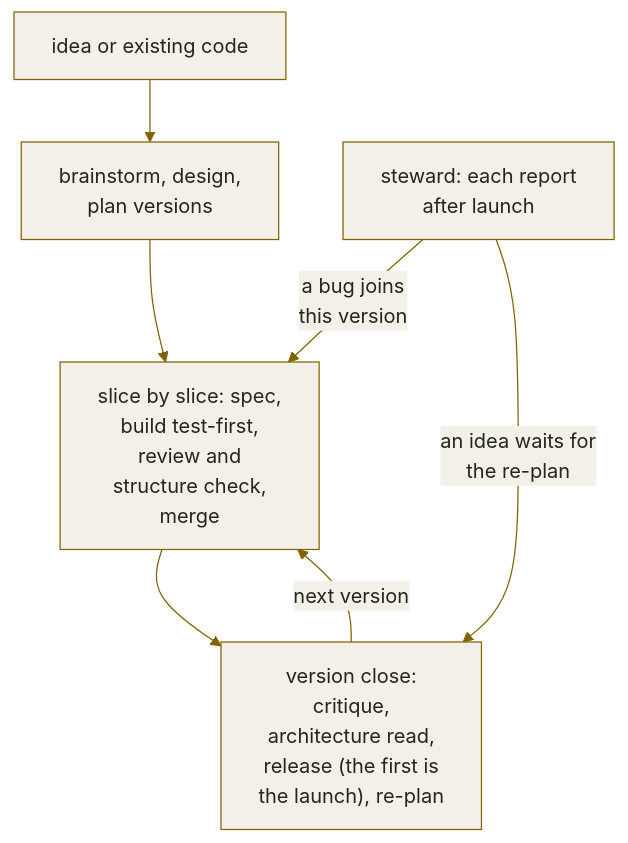
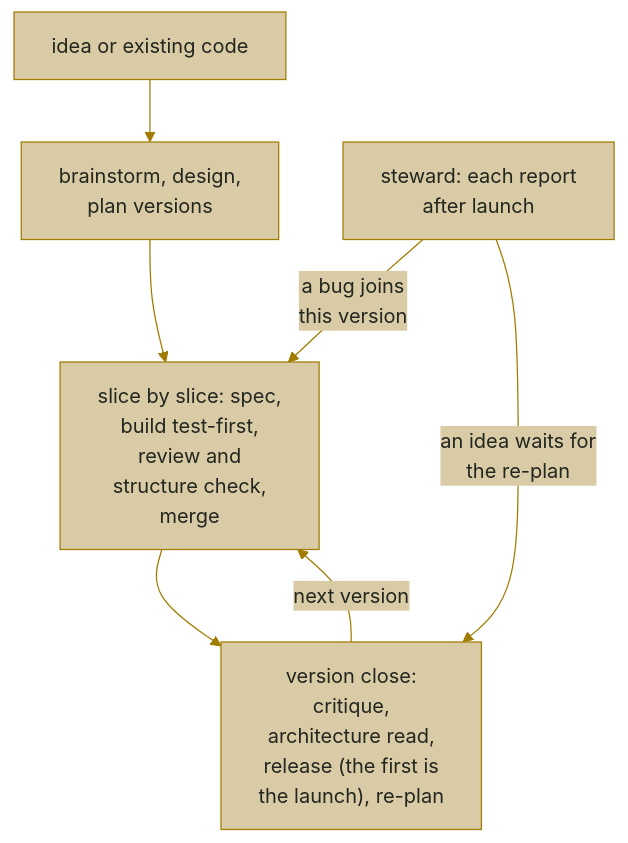
The diagram in README.md (OytunOnal/roadkeeper), drawn with Mermaid before and after one commit. The commit also changed other lines of this file and 45 other files, not shown here.

````diff
--- a/README.md
+++ b/README.md
@@ -46,10 +46,10 @@
 ```mermaid
-%%{init: {"theme": "base", "themeVariables": {"primaryColor": "#f3f0ea", "primaryTextColor": "#22261f", "primaryBorderColor": "rgb(129, 100, 0)", "lineColor": "rgb(129, 100, 0)", "edgeLabelBackground": "#f3f0ea"}}}%%
+%%{init: {"theme": "base", "themeVariables": {"primaryColor": "#d9cba6", "primaryTextColor": "#22261f", "primaryBorderColor": "#a07c00", "lineColor": "#a07c00", "edgeLabelBackground": "#d9cba6"}}}%%
 flowchart TD
   I["idea or existing code"] --> P["brainstorm, design,<br/>plan versions"]
   P --> S["slice by slice: spec,<br/>build test-first,<br/>review and<br/>structure check,<br/>merge"]
   S --> C["version close:<br/>critique,<br/>architecture read,<br/>release (the first is<br/>the launch), re-plan"]
   C -->|"next version"| S
   M["steward: each report<br/>after launch"] -->|"a bug joins<br/>this version"| S
   M -->|"an idea waits for<br/>the re-plan"| C
 ```
````
